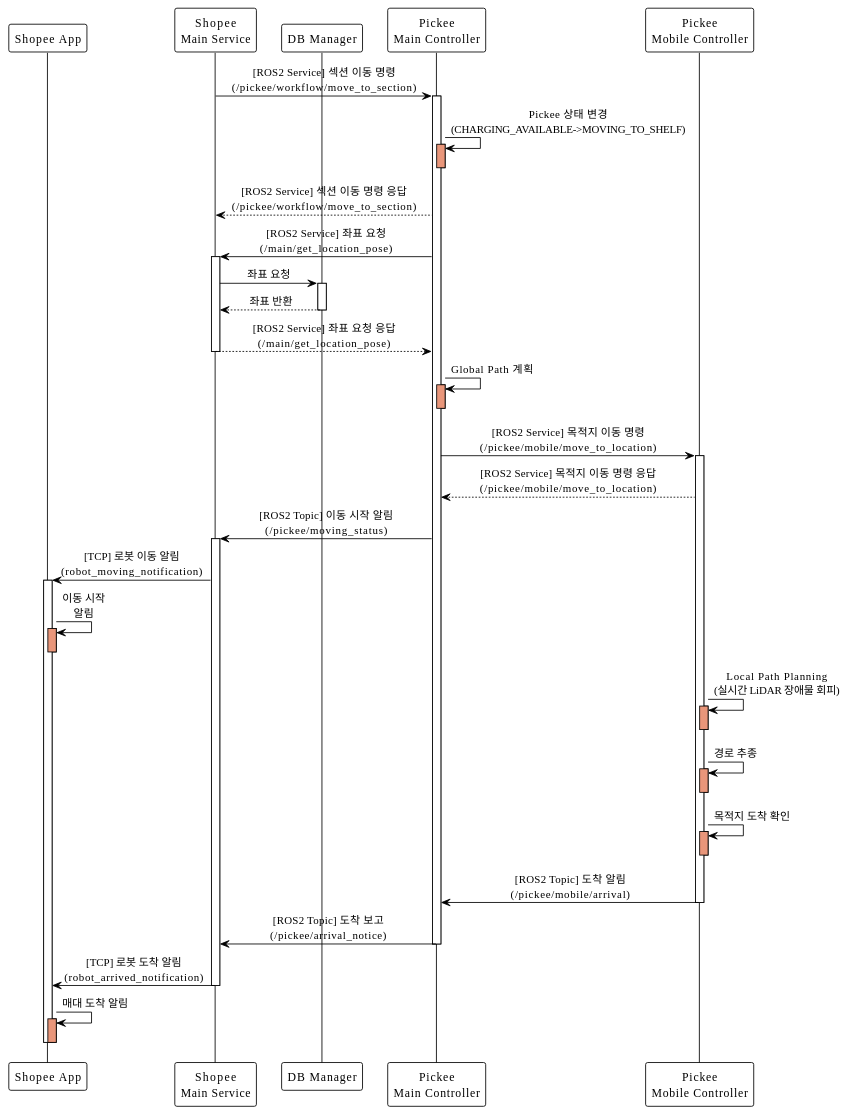
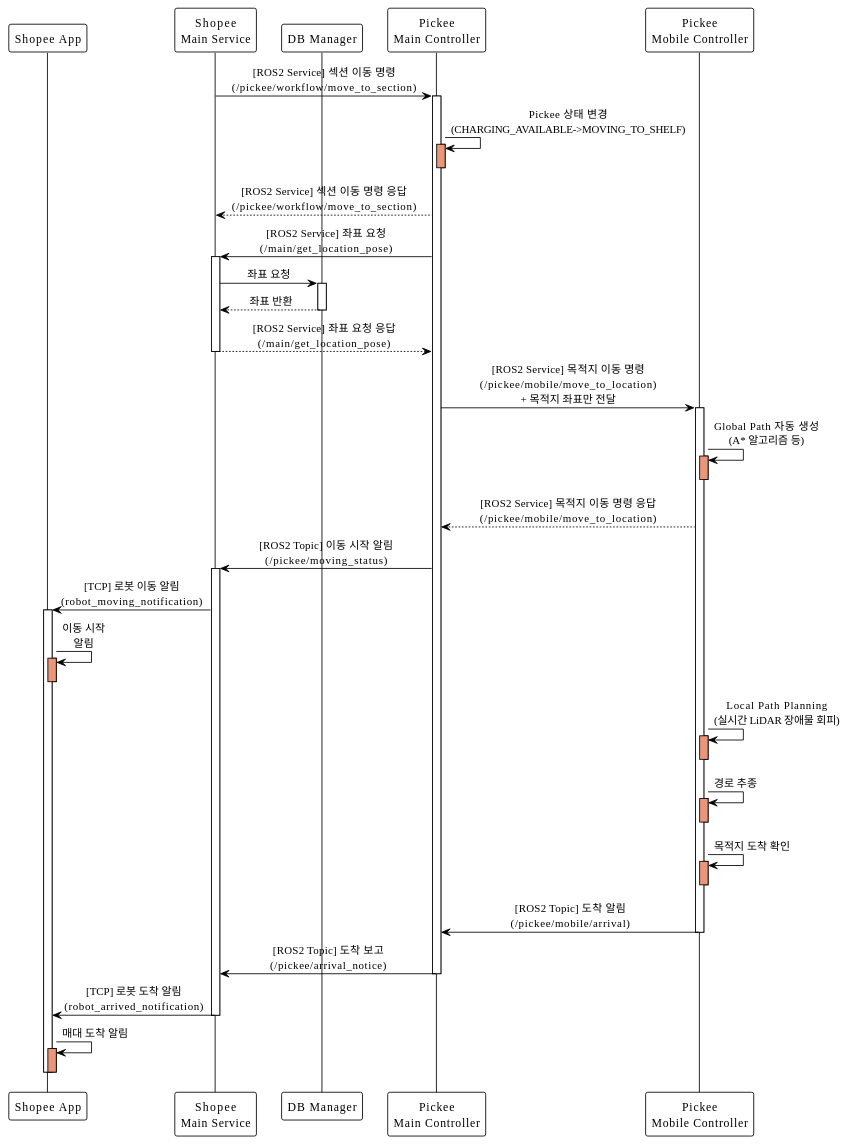
One commit to addinedu-roscamp-7th/roscamp-repo-1 changed the diagram in docs/SequenceDiagram/SC_02_1.md. Above: the diagram before and after it, drawn with PlantUML. The commit also changed 30 other files, not shown here.

```diff
--- a/docs/SequenceDiagram/SC_02_1.md
+++ b/docs/SequenceDiagram/SC_02_1.md
@@ -1,76 +1,76 @@
 @startuml SC_02_1
 !theme plain
 skinparam backgroundColor #FFFFFF
 skinparam sequenceMessageAlign center
 
 participant "Shopee App" as app
 participant "Shopee\nMain Service" as main
 participant "DB Manager" as db_manager
 participant "Pickee\nMain Controller" as pickee_main
 participant "Pickee\nMobile Controller" as pickee_mobile
 
 main -> pickee_main: [ROS2 Service] 섹션 이동 명령\n(/pickee/workflow/move_to_section)
 activate pickee_main
 
 pickee_main -> pickee_main: Pickee 상태 변경\n(CHARGING_AVAILABLE->MOVING_TO_SHELF)
 activate pickee_main #DarkSalmon
 deactivate pickee_main
 
 pickee_main --> main: [ROS2 Service] 섹션 이동 명령 응답\n(/pickee/workflow/move_to_section)
 
 pickee_main -> main: [ROS2 Service] 좌표 요청\n(/main/get_location_pose)
 activate main
 main -> db_manager: 좌표 요청
 activate db_manager
 db_manager --> main: 좌표 반환
 deactivate db_manager
 main --> pickee_main: [ROS2 Service] 좌표 요청 응답\n(/main/get_location_pose)
 deactivate main
 
-pickee_main -> pickee_main: Global Path 계획
-activate pickee_main #DarkSalmon
-deactivate pickee_main
+pickee_main -> pickee_mobile: [ROS2 Service] 목적지 이동 명령\n(/pickee/mobile/move_to_location)\n+ 목적지 좌표만 전달
+activate pickee_mobile
 
-pickee_main -> pickee_mobile: [ROS2 Service] 목적지 이동 명령\n(/pickee/mobile/move_to_location)
-activate pickee_mobile
+pickee_mobile -> pickee_mobile: Global Path 자동 생성\n(A* 알고리즘 등)
+activate pickee_mobile #DarkSalmon
+deactivate pickee_mobile
 
 pickee_mobile --> pickee_main: [ROS2 Service] 목적지 이동 명령 응답\n(/pickee/mobile/move_to_location)
 
 pickee_main -> main: [ROS2 Topic] 이동 시작 알림\n(/pickee/moving_status)
 activate main
 
 main -> app: [TCP] 로봇 이동 알림\n(robot_moving_notification)
 activate app
 
 app -> app: 이동 시작\n알림
 activate app #DarkSalmon
 deactivate app
 
 pickee_mobile -> pickee_mobile: Local Path Planning\n(실시간 LiDAR 장애물 회피)
 activate pickee_mobile #DarkSalmon
 deactivate pickee_mobile
 
 pickee_mobile -> pickee_mobile: 경로 추종
 activate pickee_mobile #DarkSalmon
 deactivate pickee_mobile
 
 pickee_mobile -> pickee_mobile: 목적지 도착 확인
 activate pickee_mobile #DarkSalmon
 deactivate pickee_mobile
 
 pickee_mobile -> pickee_main: [ROS2 Topic] 도착 알림\n(/pickee/mobile/arrival)
 deactivate pickee_mobile
 
 pickee_main -> main: [ROS2 Topic] 도착 보고\n(/pickee/arrival_notice)
 deactivate pickee_main
 
 main -> app: [TCP] 로봇 도착 알림\n(robot_arrived_notification)
 deactivate main
 
 app -> app: 매대 도착 알림
 activate app #DarkSalmon
 deactivate app
 
 deactivate app
 
 @enduml
```
